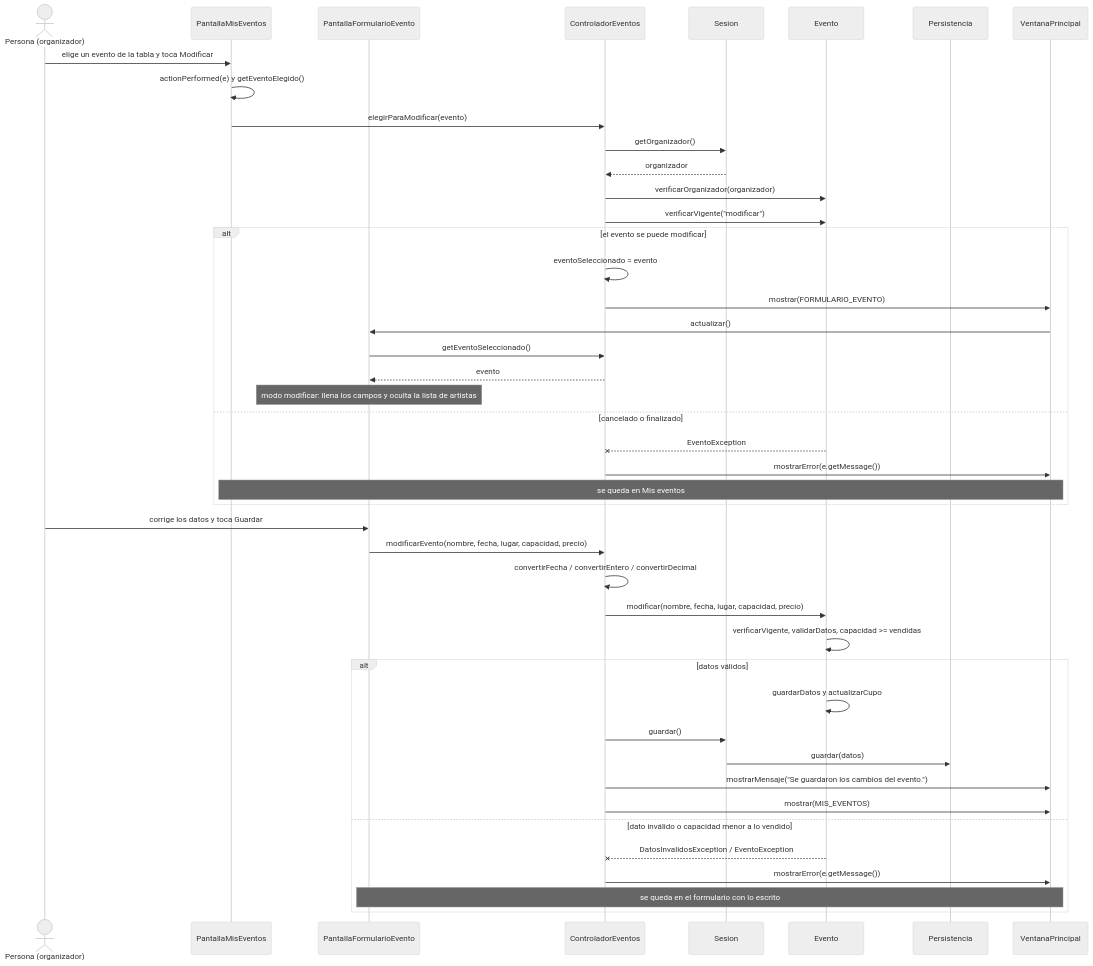
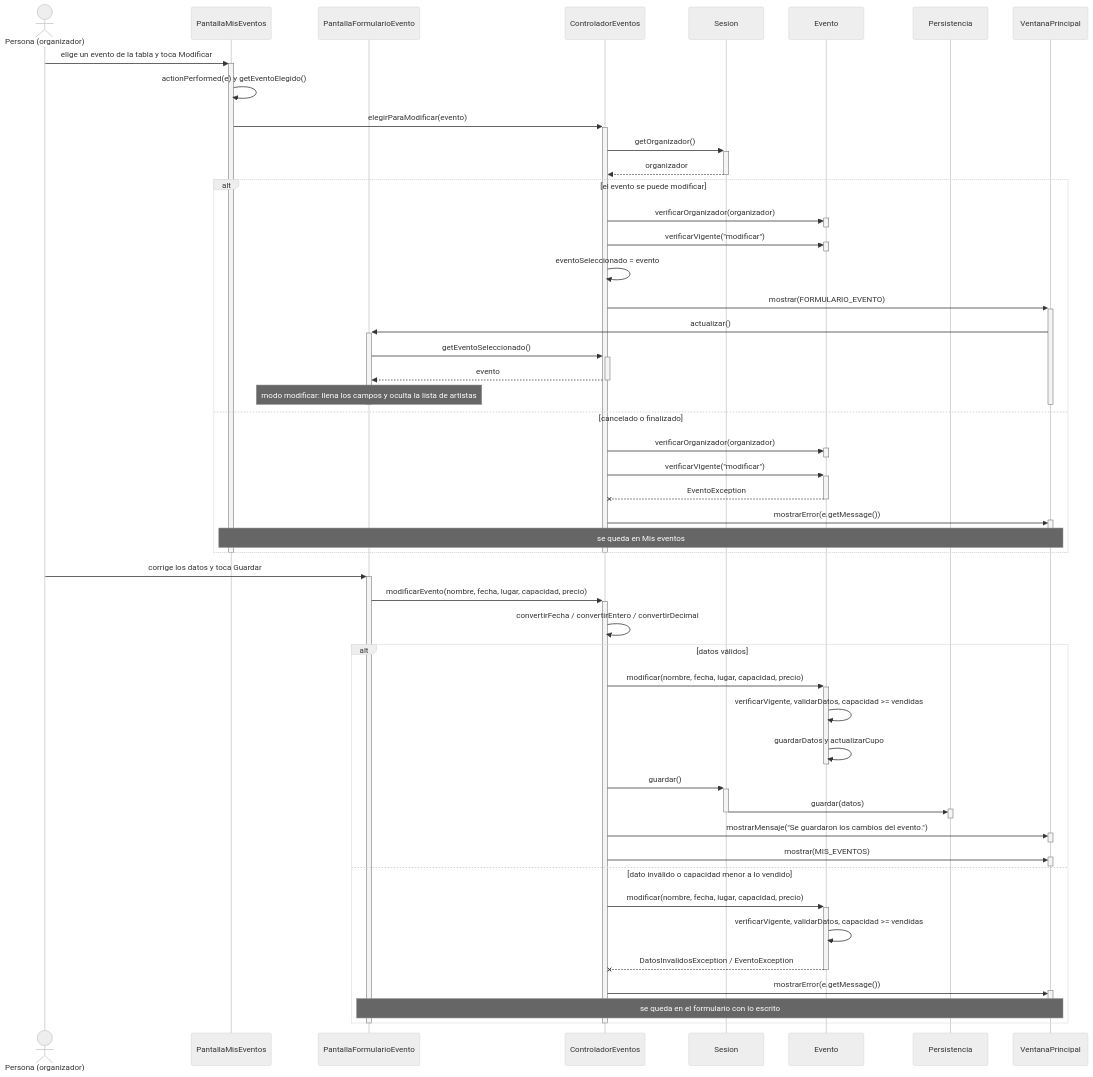
The diagram in docs/diseno/secuencias/CU04-modificar-evento.md (AgustinSimonenco/gestion-eventos-musicales), drawn with Mermaid (neutral theme) before and after one commit. The commit also changed 12 other files, not shown here.

First line of the commit message:
Agregar barras de activación a todos los diagramas de secuencia

````diff
--- a/docs/diseno/secuencias/CU04-modificar-evento.md
+++ b/docs/diseno/secuencias/CU04-modificar-evento.md
@@ -9,48 +9,68 @@
 ```mermaid
 sequenceDiagram
     actor O as Persona (organizador)
     participant PM as PantallaMisEventos
     participant PF as PantallaFormularioEvento
     participant C as ControladorEventos
     participant S as Sesion
     participant E as Evento
     participant PE as Persistencia
     participant V as VentanaPrincipal
 
-    O->>PM: elige un evento de la tabla y toca Modificar
+    O->>+PM: elige un evento de la tabla y toca Modificar
     PM->>PM: actionPerformed(e) y getEventoElegido()
-    PM->>C: elegirParaModificar(evento)
-    C->>S: getOrganizador()
-    S-->>C: organizador
-    C->>E: verificarOrganizador(organizador)
-    C->>E: verificarVigente("modificar")
+    PM->>+C: elegirParaModificar(evento)
+    C->>+S: getOrganizador()
+    S-->>-C: organizador
     alt el evento se puede modificar
+        C->>+E: verificarOrganizador(organizador)
+        deactivate E
+        C->>+E: verificarVigente("modificar")
+        deactivate E
         C->>C: eventoSeleccionado = evento
-        C->>V: mostrar(FORMULARIO_EVENTO)
-        V->>PF: actualizar()
-        PF->>C: getEventoSeleccionado()
-        C-->>PF: evento
+        C->>+V: mostrar(FORMULARIO_EVENTO)
+        V->>+PF: actualizar()
+        PF->>+C: getEventoSeleccionado()
+        C-->>-PF: evento
         Note over PF: modo modificar: llena los campos y oculta la lista de artistas
+        deactivate PF
+        deactivate V
     else cancelado o finalizado
-        E--xC: EventoException
-        C->>V: mostrarError(e.getMessage())
+        C->>+E: verificarOrganizador(organizador)
+        deactivate E
+        C->>+E: verificarVigente("modificar")
+        E--x-C: EventoException
+        C->>+V: mostrarError(e.getMessage())
+        deactivate V
         Note over PM,V: se queda en Mis eventos
     end
+    deactivate C
+    deactivate PM
 
-    O->>PF: corrige los datos y toca Guardar
-    PF->>C: modificarEvento(nombre, fecha, lugar, capacidad, precio)
+    O->>+PF: corrige los datos y toca Guardar
+    PF->>+C: modificarEvento(nombre, fecha, lugar, capacidad, precio)
     C->>C: convertirFecha / convertirEntero / convertirDecimal
-    C->>E: modificar(nombre, fecha, lugar, capacidad, precio)
-    E->>E: verificarVigente, validarDatos, capacidad >= vendidas
     alt datos válidos
+        C->>+E: modificar(nombre, fecha, lugar, capacidad, precio)
+        E->>E: verificarVigente, validarDatos, capacidad >= vendidas
         E->>E: guardarDatos y actualizarCupo
-        C->>S: guardar()
-        S->>PE: guardar(datos)
-        C->>V: mostrarMensaje("Se guardaron los cambios del evento.")
-        C->>V: mostrar(MIS_EVENTOS)
+        deactivate E
+        C->>+S: guardar()
+        S->>+PE: guardar(datos)
+        deactivate PE
+        deactivate S
+        C->>+V: mostrarMensaje("Se guardaron los cambios del evento.")
+        deactivate V
+        C->>+V: mostrar(MIS_EVENTOS)
+        deactivate V
     else dato inválido o capacidad menor a lo vendido
-        E--xC: DatosInvalidosException / EventoException
-        C->>V: mostrarError(e.getMessage())
+        C->>+E: modificar(nombre, fecha, lugar, capacidad, precio)
+        E->>E: verificarVigente, validarDatos, capacidad >= vendidas
+        E--x-C: DatosInvalidosException / EventoException
+        C->>+V: mostrarError(e.getMessage())
+        deactivate V
         Note over PF,V: se queda en el formulario con lo escrito
     end
+    deactivate C
+    deactivate PF
 ```
````
